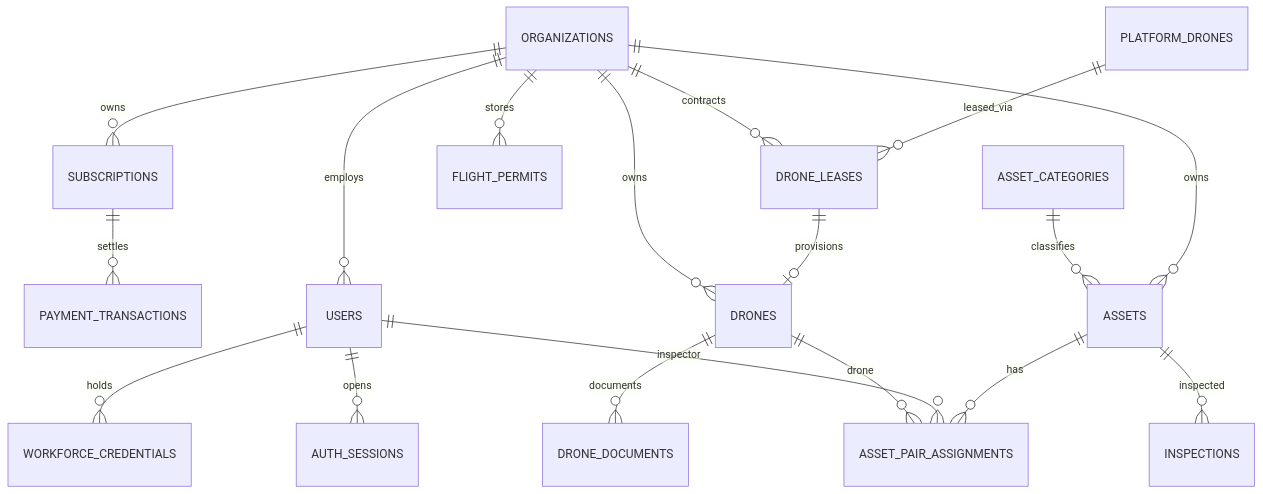
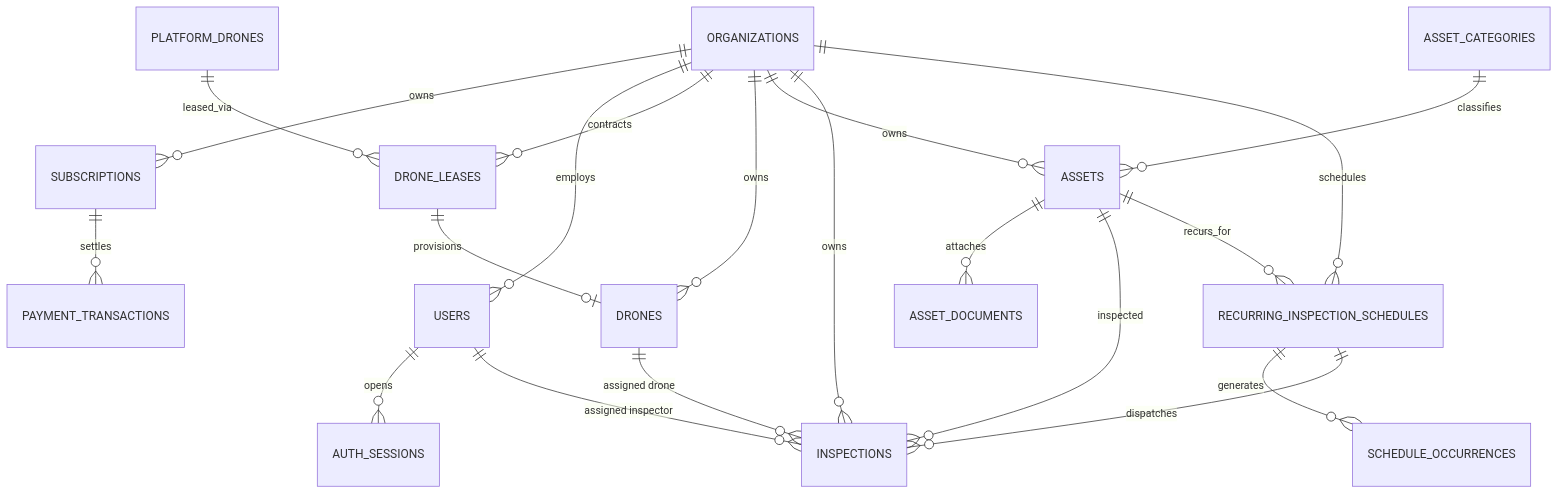
One commit to tungbach12/SmartDroneInspection-Docs changed the first of 3 diagrams in project-reference/database-design.md. Above: the diagram before and after it, drawn with Mermaid. The commit also changed other lines of this file and 8 other files, not shown here.

Commit message:
docs(database,srs,sdd): update MF1-MF2 specifications to streamlined 30-table architecture

````diff
--- a/project-reference/database-design.md
+++ b/project-reference/database-design.md
@@ -116,21 +114,24 @@
 ```mermaid
 erDiagram
     ORGANIZATIONS ||--o{ SUBSCRIPTIONS : owns
     SUBSCRIPTIONS ||--o{ PAYMENT_TRANSACTIONS : settles
     ORGANIZATIONS ||--o{ USERS : employs
-    USERS ||--o{ WORKFORCE_CREDENTIALS : holds
     USERS ||--o{ AUTH_SESSIONS : opens
 
     PLATFORM_DRONES ||--o{ DRONE_LEASES : leased_via
     ORGANIZATIONS ||--o{ DRONE_LEASES : contracts
     DRONE_LEASES ||--o| DRONES : provisions
     ORGANIZATIONS ||--o{ DRONES : owns
-    DRONES ||--o{ DRONE_DOCUMENTS : documents
-    ORGANIZATIONS ||--o{ FLIGHT_PERMITS : stores
     ORGANIZATIONS ||--o{ ASSETS : owns
-    ASSETS ||--o{ ASSET_PAIR_ASSIGNMENTS : has
-    USERS ||--o{ ASSET_PAIR_ASSIGNMENTS : inspector
-    DRONES ||--o{ ASSET_PAIR_ASSIGNMENTS : drone
+    ASSET_CATEGORIES ||--o{ ASSETS : classifies
+    ASSETS ||--o{ ASSET_DOCUMENTS : attaches
+
+    ORGANIZATIONS ||--o{ INSPECTIONS : owns
     ASSETS ||--o{ INSPECTIONS : inspected
-    ASSET_CATEGORIES ||--o{ ASSETS : classifies
+    USERS ||--o{ INSPECTIONS : "assigned inspector"
+    DRONES ||--o{ INSPECTIONS : "assigned drone"
+    ORGANIZATIONS ||--o{ RECURRING_INSPECTION_SCHEDULES : schedules
+    ASSETS ||--o{ RECURRING_INSPECTION_SCHEDULES : recurs_for
+    RECURRING_INSPECTION_SCHEDULES ||--o{ SCHEDULE_OCCURRENCES : generates
+    RECURRING_INSPECTION_SCHEDULES ||--o{ INSPECTIONS : dispatches
 ```
````
